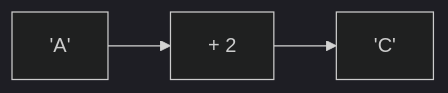
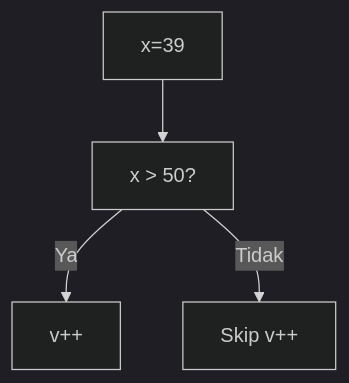
One commit to amnahwaida/OSNK_INF_PREP changed the second of 25 diagrams in part-c-pemahaman-cpp/02-percabangan/latihan/set-02.md. Above: the diagram before and after it, drawn with Mermaid (dark theme). The commit also changed other lines of this file and 71 other files, not shown here.

````diff
--- a/part-c-pemahaman-cpp/02-percabangan/latihan/set-02.md
+++ b/part-c-pemahaman-cpp/02-percabangan/latihan/set-02.md
@@ -52,5 +50,6 @@
 ```mermaid
-graph LR
-A["'A'"] --> B["+ 2"]
-B --> C["'C'"]
+graph TD
+A["x=39"] --> B["x > 50?"]
+B -- Ya --> C["v++"]
+B -- Tidak --> D["Skip v++"]
 ```
````
